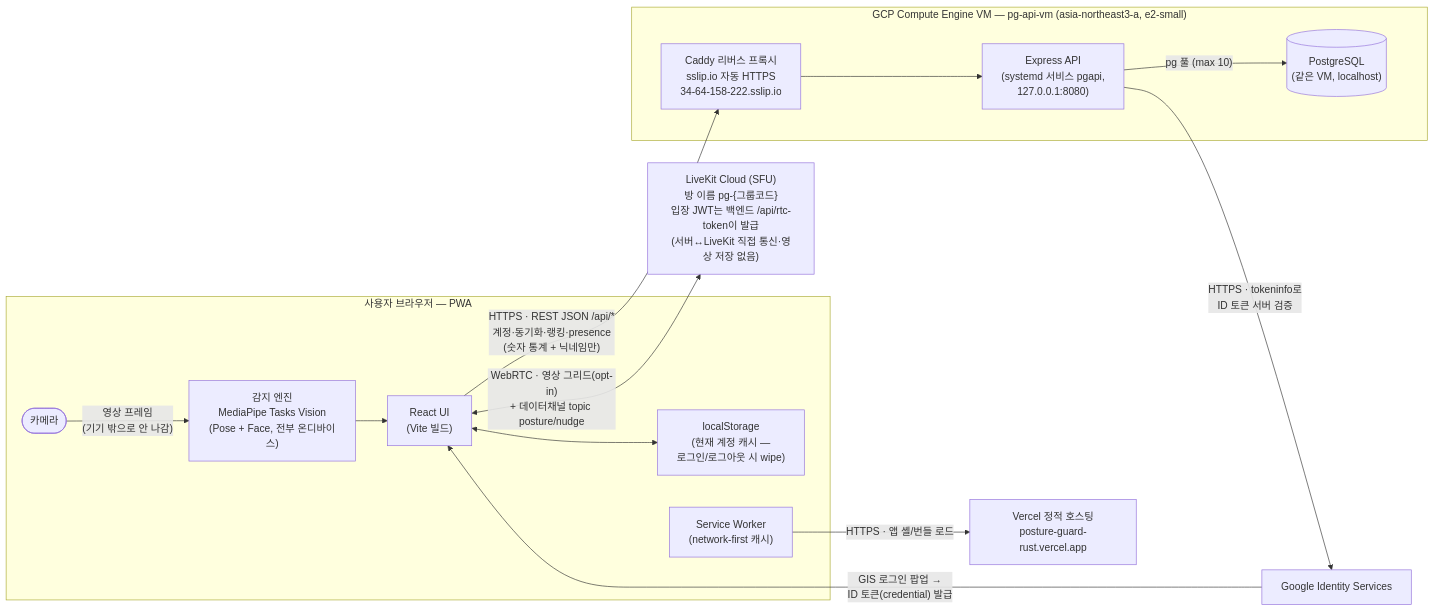
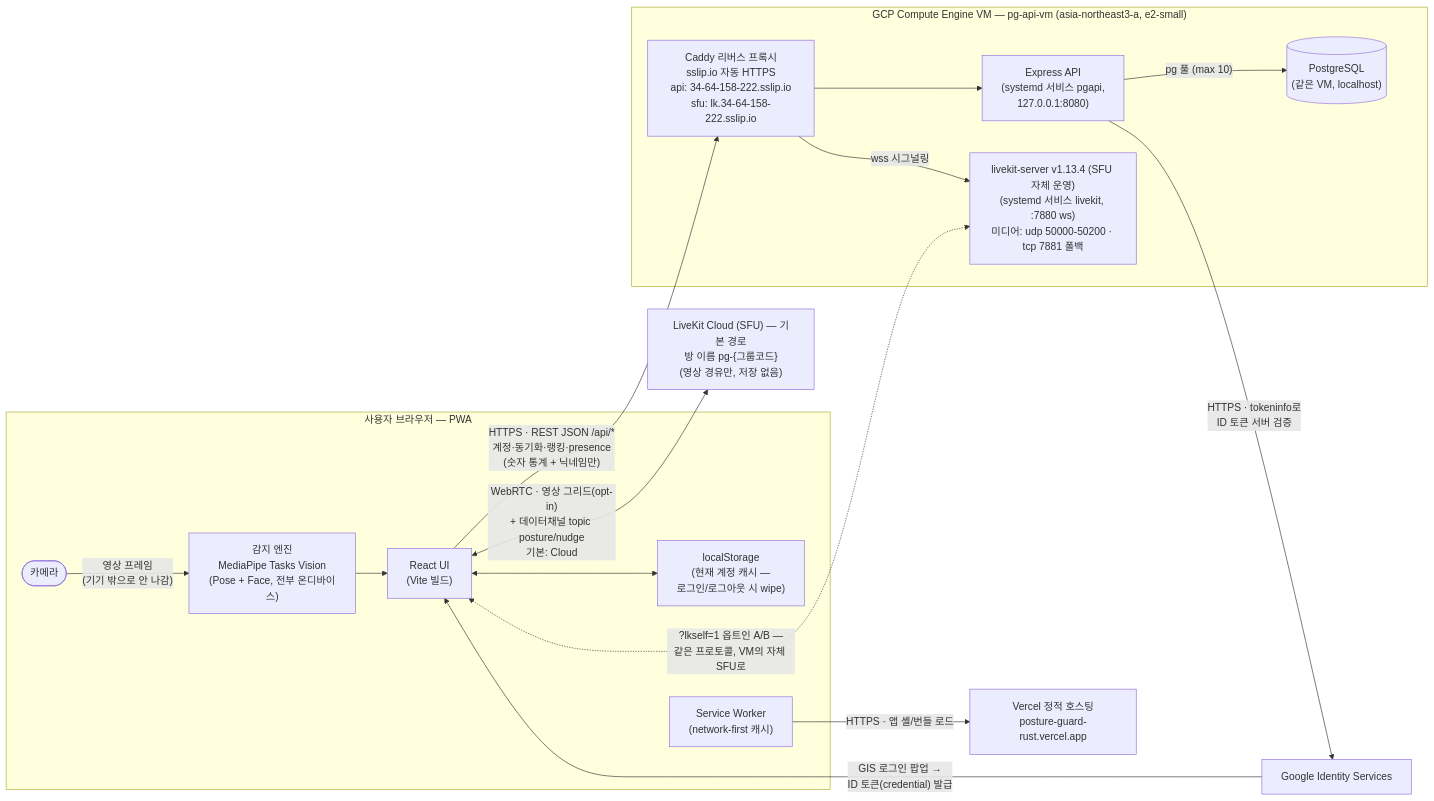
The first of 4 diagrams in docs/시스템-아키텍처.md (jungwon123/posture-guard), drawn with Mermaid before and after one commit. The commit also changed other lines of this file, not shown here.

First line of the commit message:
docs: 아키텍처 문서에 LiveKit 셀프호스팅 반영

````diff
--- a/docs/시스템-아키텍처.md
+++ b/docs/시스템-아키텍처.md
@@ -11,33 +11,36 @@
 ```mermaid
 flowchart LR
   subgraph CLIENT["사용자 브라우저 — PWA"]
     UI["React UI<br/>(Vite 빌드)"]
     ENGINE["감지 엔진<br/>MediaPipe Tasks Vision<br/>(Pose + Face, 전부 온디바이스)"]
     LS["localStorage<br/>(현재 계정 캐시 —<br/>로그인/로그아웃 시 wipe)"]
     SW["Service Worker<br/>(network-first 캐시)"]
     CAM(["카메라"])
     CAM -- "영상 프레임<br/>(기기 밖으로 안 나감)" --> ENGINE
     ENGINE --> UI
     UI <--> LS
   end
 
   VERCEL["Vercel 정적 호스팅<br/>posture-guard-rust.vercel.app"]
   SW -- "HTTPS · 앱 셸/번들 로드" --> VERCEL
 
   subgraph GCP["GCP Compute Engine VM — pg-api-vm (asia-northeast3-a, e2-small)"]
-    CADDY["Caddy 리버스 프록시<br/>sslip.io 자동 HTTPS<br/>34-64-158-222.sslip.io"]
+    CADDY["Caddy 리버스 프록시<br/>sslip.io 자동 HTTPS<br/>api: 34-64-158-222.sslip.io<br/>sfu: lk.34-64-158-222.sslip.io"]
     API["Express API<br/>(systemd 서비스 pgapi,<br/>127.0.0.1:8080)"]
     DB[("PostgreSQL<br/>(같은 VM, localhost)")]
+    LKS["livekit-server v1.13.4 (SFU 자체 운영)<br/>(systemd 서비스 livekit, :7880 ws)<br/>미디어: udp 50000-50200 · tcp 7881 폴백"]
     CADDY --> API
+    CADDY -- "wss 시그널링" --> LKS
     API -- "pg 풀 (max 10)" --> DB
   end
 
   UI -- "HTTPS · REST JSON /api/*<br/>계정·동기화·랭킹·presence<br/>(숫자 통계 + 닉네임만)" --> CADDY
 
-  LK["LiveKit Cloud (SFU)<br/>방 이름 pg-{그룹코드}<br/>입장 JWT는 백엔드 /api/rtc-token이 발급<br/>(서버↔LiveKit 직접 통신·영상 저장 없음)"]
-  UI <-->|"WebRTC · 영상 그리드(opt-in)<br/>+ 데이터채널 topic posture/nudge"| LK
+  LK["LiveKit Cloud (SFU) — 기본 경로<br/>방 이름 pg-{그룹코드}<br/>(영상 경유만, 저장 없음)"]
+  UI <-->|"WebRTC · 영상 그리드(opt-in)<br/>+ 데이터채널 topic posture/nudge<br/>기본: Cloud"| LK
+  UI <-.->|"?lkself=1 옵트인 A/B —<br/>같은 프로토콜, VM의 자체 SFU로"| LKS
 
   GOOGLE["Google Identity Services"]
   GOOGLE -- "GIS 로그인 팝업 →<br/>ID 토큰(credential) 발급" --> UI
   API -- "HTTPS · tokeninfo로<br/>ID 토큰 서버 검증" --> GOOGLE
 ```
````
